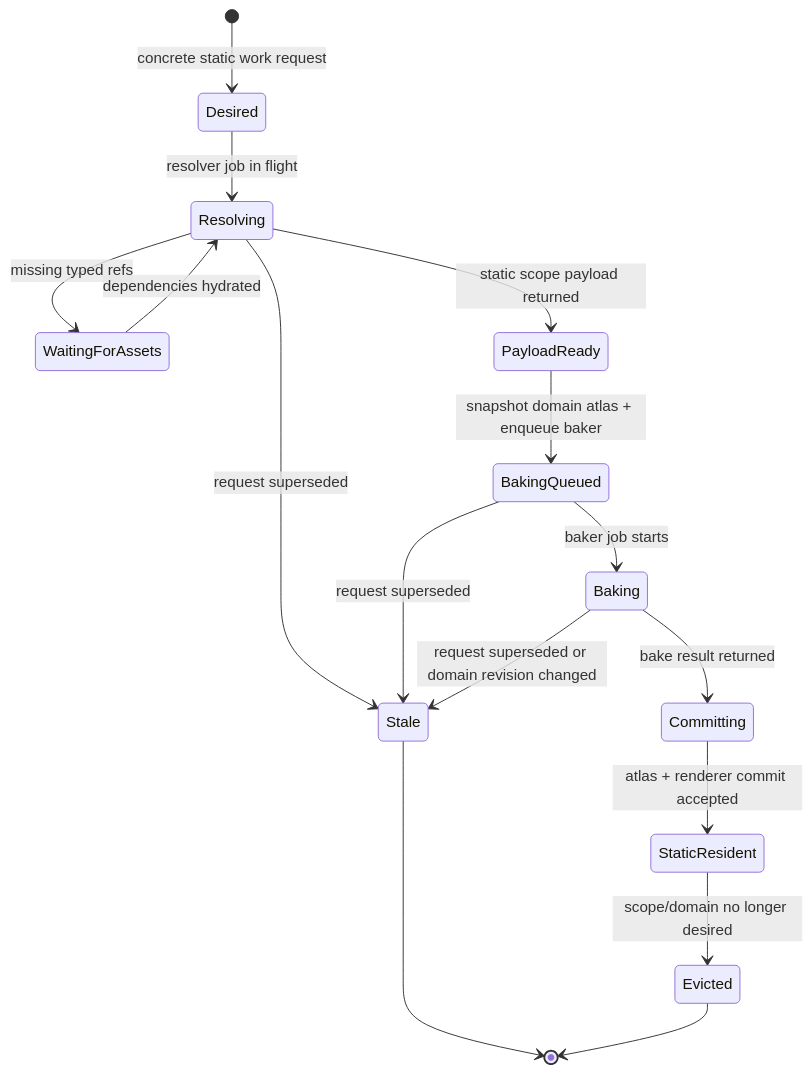
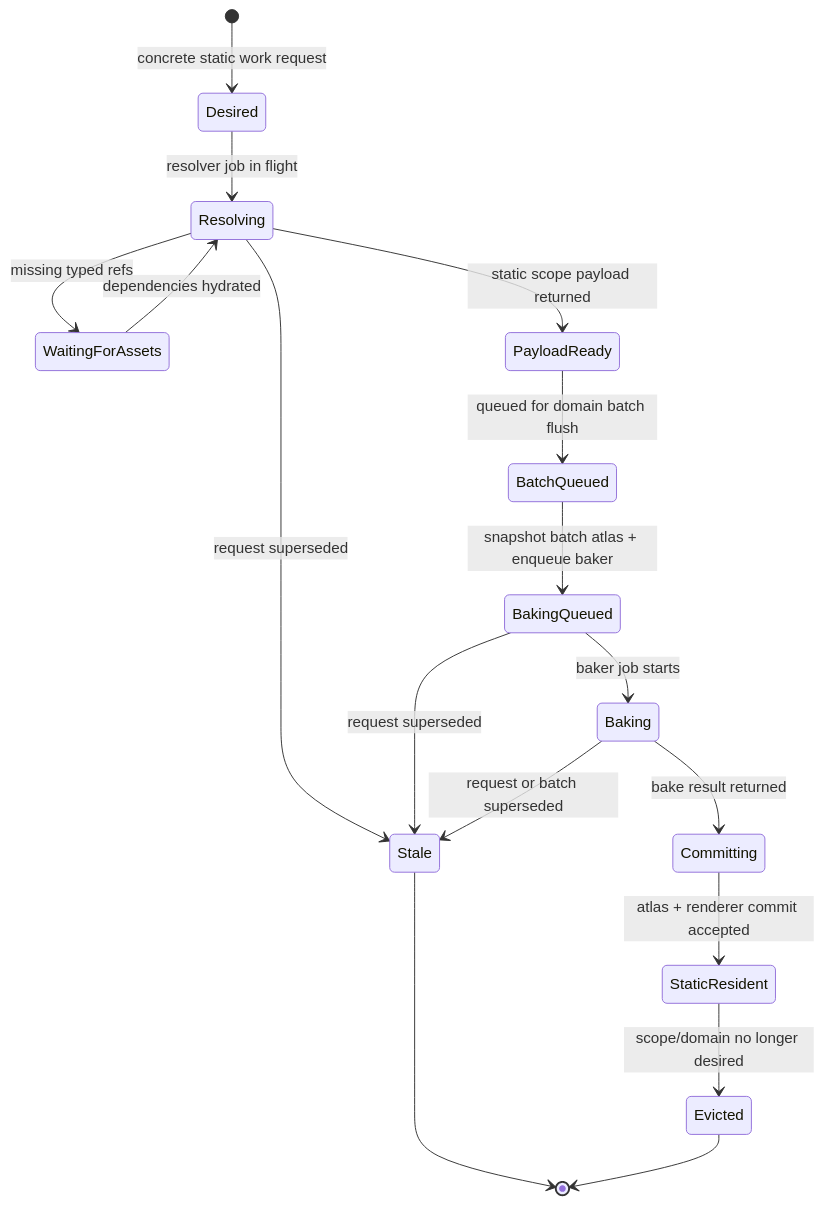
Diagram 14 of 22 in docs/plans/holtburger-3d-frontend-v2-design.md (merklejerk/holtburger), drawn with Mermaid before and after one commit. The commit also changed other lines of this file and 7 other files, not shown here.

````diff
--- a/docs/plans/holtburger-3d-frontend-v2-design.md
+++ b/docs/plans/holtburger-3d-frontend-v2-design.md
@@ -980,18 +983,19 @@
 ```mermaid
 stateDiagram-v2
   [*] --> Desired: concrete static work request
   Desired --> Resolving: resolver job in flight
   Resolving --> WaitingForAssets: missing typed refs
   WaitingForAssets --> Resolving: dependencies hydrated
   Resolving --> PayloadReady: static scope payload returned
-  PayloadReady --> BakingQueued: snapshot domain atlas + enqueue baker
+  PayloadReady --> BatchQueued: queued for domain batch flush
+  BatchQueued --> BakingQueued: snapshot batch atlas + enqueue baker
   BakingQueued --> Baking: baker job starts
   Baking --> Committing: bake result returned
   Committing --> StaticResident: atlas + renderer commit accepted
   Resolving --> Stale: request superseded
   BakingQueued --> Stale: request superseded
-  Baking --> Stale: request superseded or domain revision changed
+  Baking --> Stale: request or batch superseded
   StaticResident --> Evicted: scope/domain no longer desired
   Stale --> [*]
   Evicted --> [*]
 ```
````
